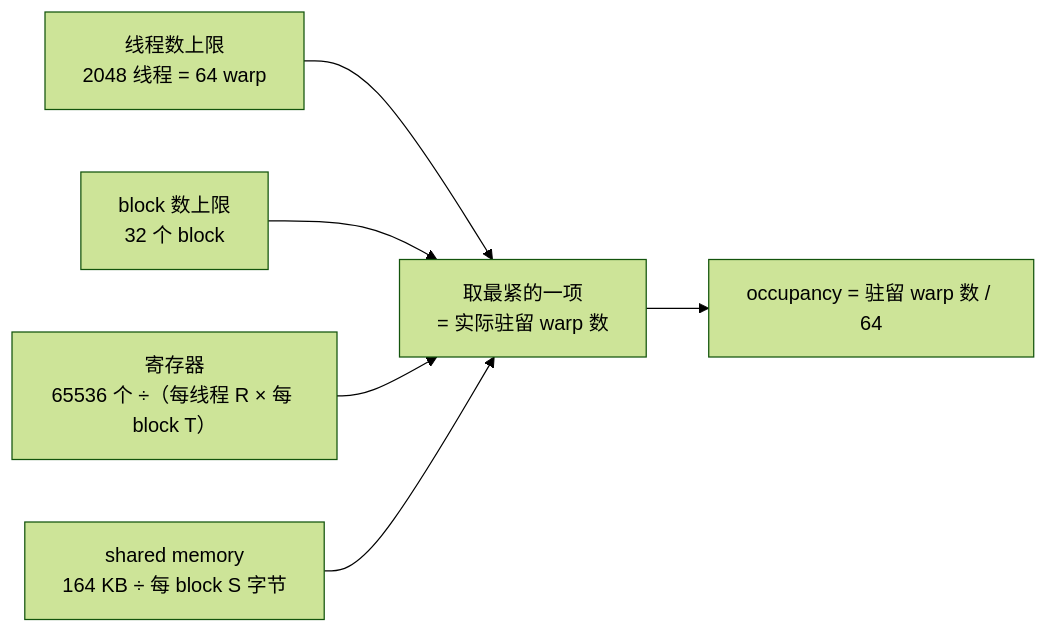
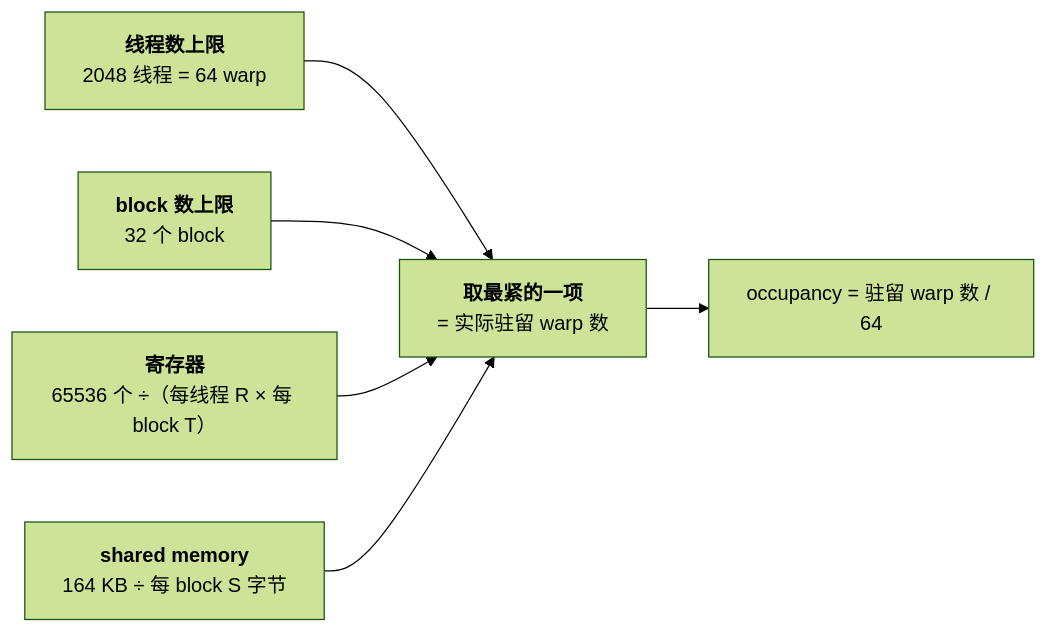
The tenth of 15 diagrams in _posts/2026-05-11-gpu-architecture-and-roofline.md (arganzheng/arganzheng.github.com), drawn with Mermaid (forest theme) before and after one commit. The commit also changed other lines of this file and 10 other files, not shown here.

First line of the commit message:
GPU Kernel 工程：从 CUDA 执行模型到 FlashAttention：Mermaid 多行方框的首行标为标题（11 篇）

````diff
--- a/_posts/2026-05-11-gpu-architecture-and-roofline.md
+++ b/_posts/2026-05-11-gpu-architecture-and-roofline.md
@@ -369,9 +369,9 @@
 ```mermaid
 %% 驻留上限：一个 SM 最多 2048 线程 = 64 warp、32 block，受寄存器与 shared memory 共同限制
 flowchart LR
-    T["线程数上限<br/>2048 线程 = 64 warp"] --> MIN["取最紧的一项<br/>= 实际驻留 warp 数"]
-    B["block 数上限<br/>32 个 block"] --> MIN
-    R["寄存器<br/>65536 个 ÷（每线程 R × 每 block T）"] --> MIN
-    S["shared memory<br/>164 KB ÷ 每 block S 字节"] --> MIN
+    T["<b>线程数上限</b><br/>2048 线程 = 64 warp"] --> MIN["<b>取最紧的一项</b><br/>= 实际驻留 warp 数"]
+    B["<b>block 数上限</b><br/>32 个 block"] --> MIN
+    R["<b>寄存器</b><br/>65536 个 ÷（每线程 R × 每 block T）"] --> MIN
+    S["<b>shared memory</b><br/>164 KB ÷ 每 block S 字节"] --> MIN
     MIN --> O["occupancy = 驻留 warp 数 / 64"]
 ```
````
